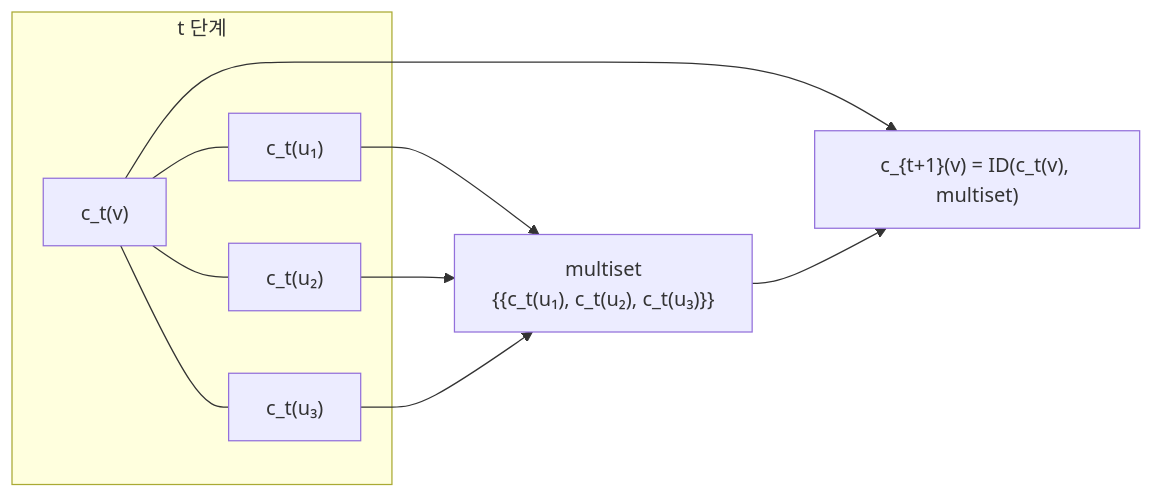
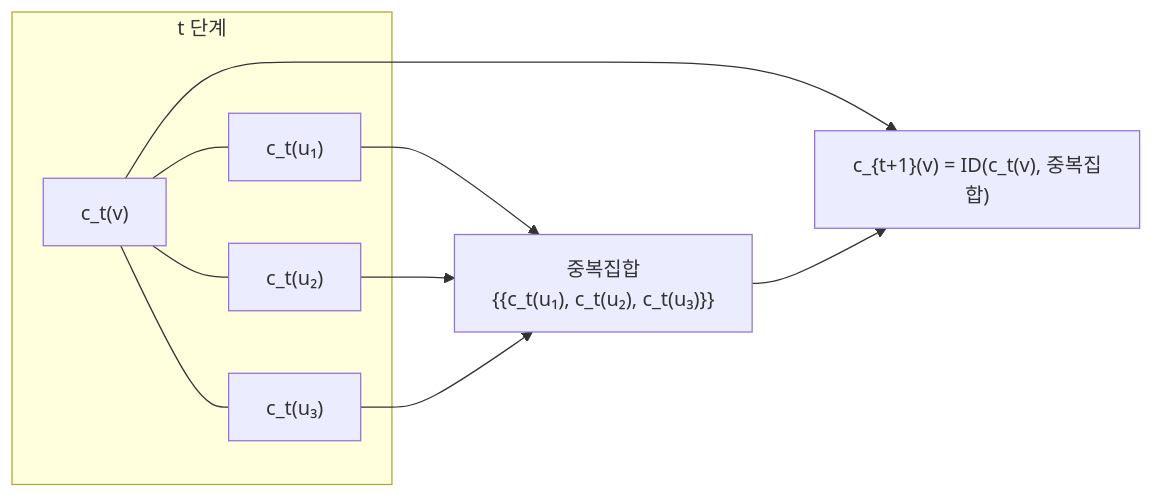
The first of 2 diagrams in docs/color-refinement.md (Phryxia/math-map), drawn with Mermaid before and after one commit. The commit also changed other lines of this file and 3 other files, not shown here.

````diff
--- a/docs/color-refinement.md
+++ b/docs/color-refinement.md
@@ -19,17 +19,17 @@
 ```mermaid
 graph LR
   subgraph t["t 단계"]
     a["c_t(v)"]
     n1["c_t(u₁)"]
     n2["c_t(u₂)"]
     n3["c_t(u₃)"]
   end
   a --- n1
   a --- n2
   a --- n3
-  n1 --> m["multiset<br/>{{c_t(u₁), c_t(u₂), c_t(u₃)}}"]
+  n1 --> m["중복집합<br/>{{c_t(u₁), c_t(u₂), c_t(u₃)}}"]
   n2 --> m
   n3 --> m
-  a --> new["c_{t+1}(v) = ID(c_t(v), multiset)"]
+  a --> new["c_{t+1}(v) = ID(c_t(v), 중복집합)"]
   m --> new
 ```
````
